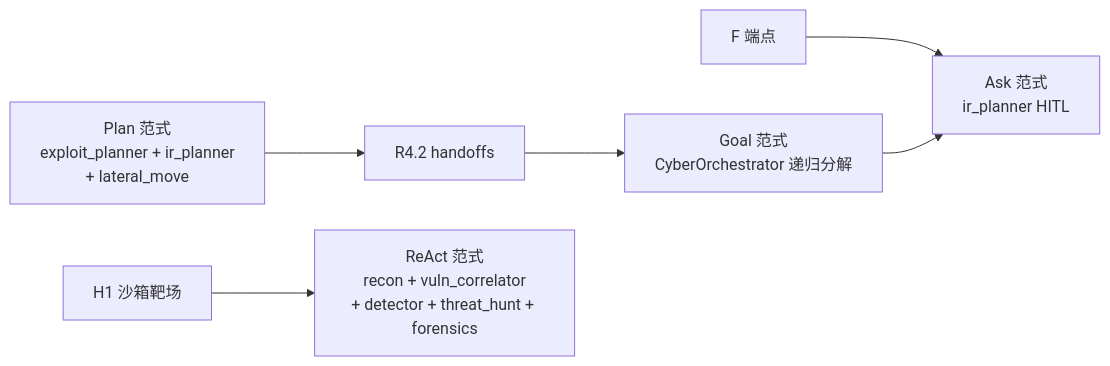
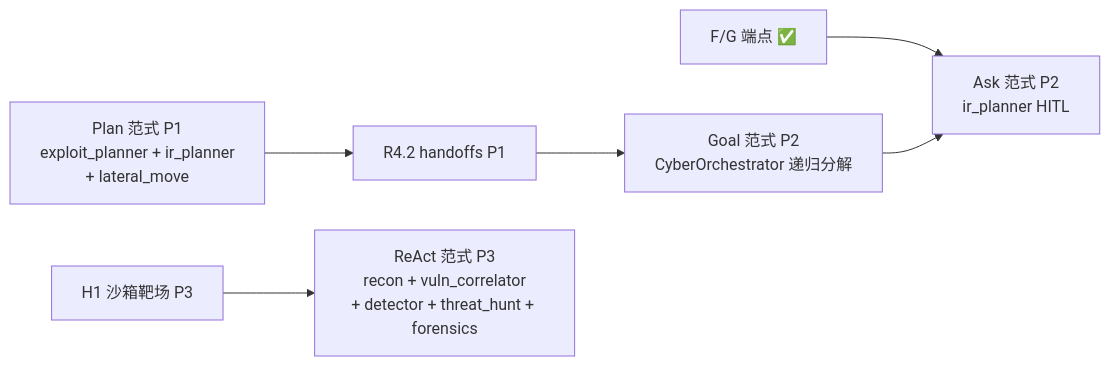
One commit to uaenamyf/AegisOS changed the diagram in developer/plan.md. Above: the diagram before and after it, drawn with Mermaid. The commit also changed other lines of this file and 7 other files, not shown here.

````diff
--- a/developer/plan.md
+++ b/developer/plan.md
@@ -412,8 +484,8 @@
 ```mermaid
 graph LR
-    P[Plan 范式<br/>exploit_planner + ir_planner<br/>+ lateral_move] --> R4[R4.2 handoffs]
-    H1[H1 沙箱靶场] --> R[ReAct 范式<br/>recon + vuln_correlator<br/>+ detector + threat_hunt + forensics]
-    R4 --> G[Goal 范式<br/>CyberOrchestrator 递归分解]
-    F[F 端点] --> A[Ask 范式<br/>ir_planner HITL]
+    P[Plan 范式 P1<br/>exploit_planner + ir_planner<br/>+ lateral_move] --> R4[R4.2 handoffs P1]
+    R4 --> G[Goal 范式 P2<br/>CyberOrchestrator 递归分解]
+    F[F/G 端点 ✅] --> A[Ask 范式 P2<br/>ir_planner HITL]
     G --> A
+    H1[H1 沙箱靶场 P3] --> R[ReAct 范式 P3<br/>recon + vuln_correlator<br/>+ detector + threat_hunt + forensics]
 ```
````
